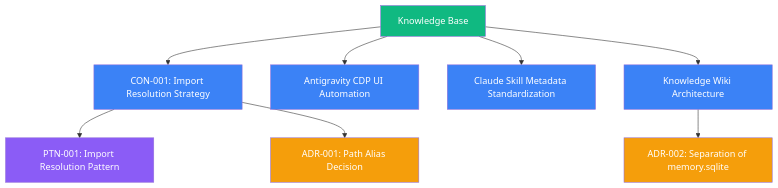
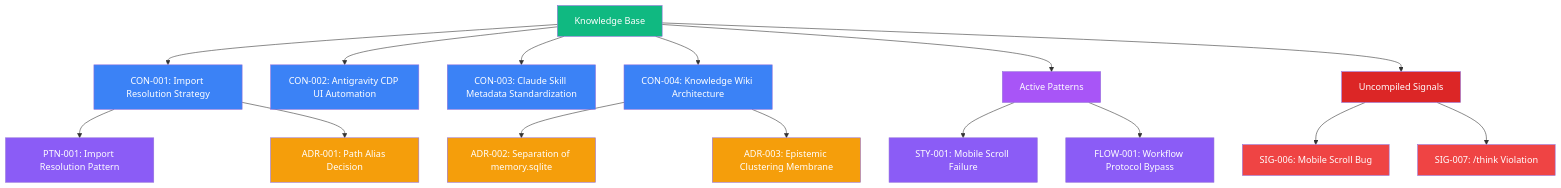
The diagram in .agent/knowledge/_graph.md (pikakit/agent-skills), drawn with Mermaid before and after one commit. The commit also changed 10 other files, not shown here.

````diff
--- a/.agent/knowledge/_graph.md
+++ b/.agent/knowledge/_graph.md
@@ -9,22 +9,41 @@
 ```mermaid
 graph TD
     ROOT["Knowledge Base"] --> CON001["CON-001: Import Resolution Strategy"]
     CON001 --> PTN001["PTN-001: Import Resolution Pattern"]
     CON001 --> ADR001["ADR-001: Path Alias Decision"]
-    
-    ROOT --> CON002["Antigravity CDP UI Automation"]
-    ROOT --> CON003["Claude Skill Metadata Standardization"]
-    ROOT --> CON004["Knowledge Wiki Architecture"]
-    
+
+    ROOT --> CON002["CON-002: Antigravity CDP UI Automation"]
+    ROOT --> CON003["CON-003: Claude Skill Metadata Standardization"]
+    ROOT --> CON004["CON-004: Knowledge Wiki Architecture"]
+
     CON004 --> ADR002["ADR-002: Separation of memory.sqlite"]
-    
+    CON004 --> ADR003["ADR-003: Epistemic Clustering Membrane"]
+
+    ROOT --> PAT["Active Patterns"]
+    PAT --> STY001["STY-001: Mobile Scroll Failure"]
+    PAT --> FLOW001["FLOW-001: Workflow Protocol Bypass"]
+
+    ROOT --> SIG["Uncompiled Signals"]
+    SIG --> SIG006["SIG-006: Mobile Scroll Bug"]
+    SIG --> SIG007["SIG-007: /think Violation"]
+
     style ROOT fill:#10b981,color:#fff
     style CON001 fill:#3b82f6,color:#fff
     style CON002 fill:#3b82f6,color:#fff
     style CON003 fill:#3b82f6,color:#fff
     style CON004 fill:#3b82f6,color:#fff
-    
+
     style PTN001 fill:#8b5cf6,color:#fff
+    style STY001 fill:#8b5cf6,color:#fff
+    style FLOW001 fill:#8b5cf6,color:#fff
+
     style ADR001 fill:#f59e0b,color:#fff
     style ADR002 fill:#f59e0b,color:#fff
+    style ADR003 fill:#f59e0b,color:#fff
+
+    style SIG006 fill:#ef4444,color:#fff
+    style SIG007 fill:#ef4444,color:#fff
+
+    style PAT fill:#a855f7,color:#fff
+    style SIG fill:#dc2626,color:#fff
 ```
````
